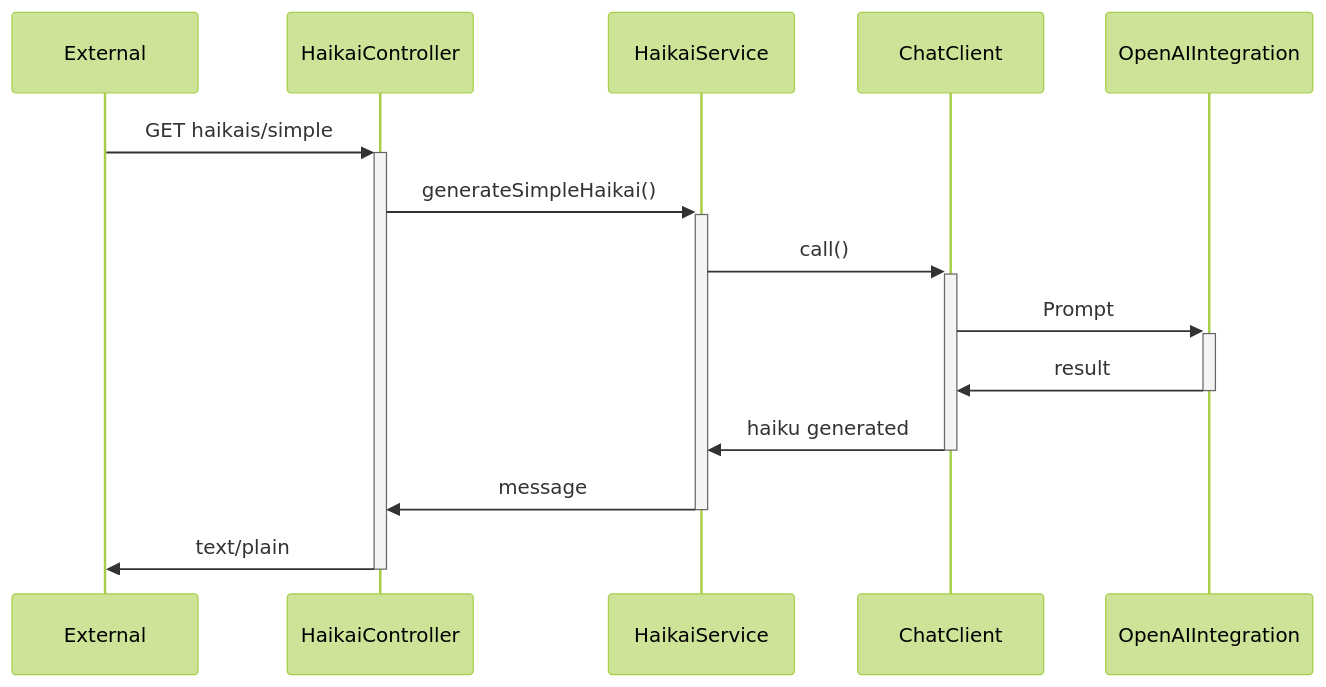
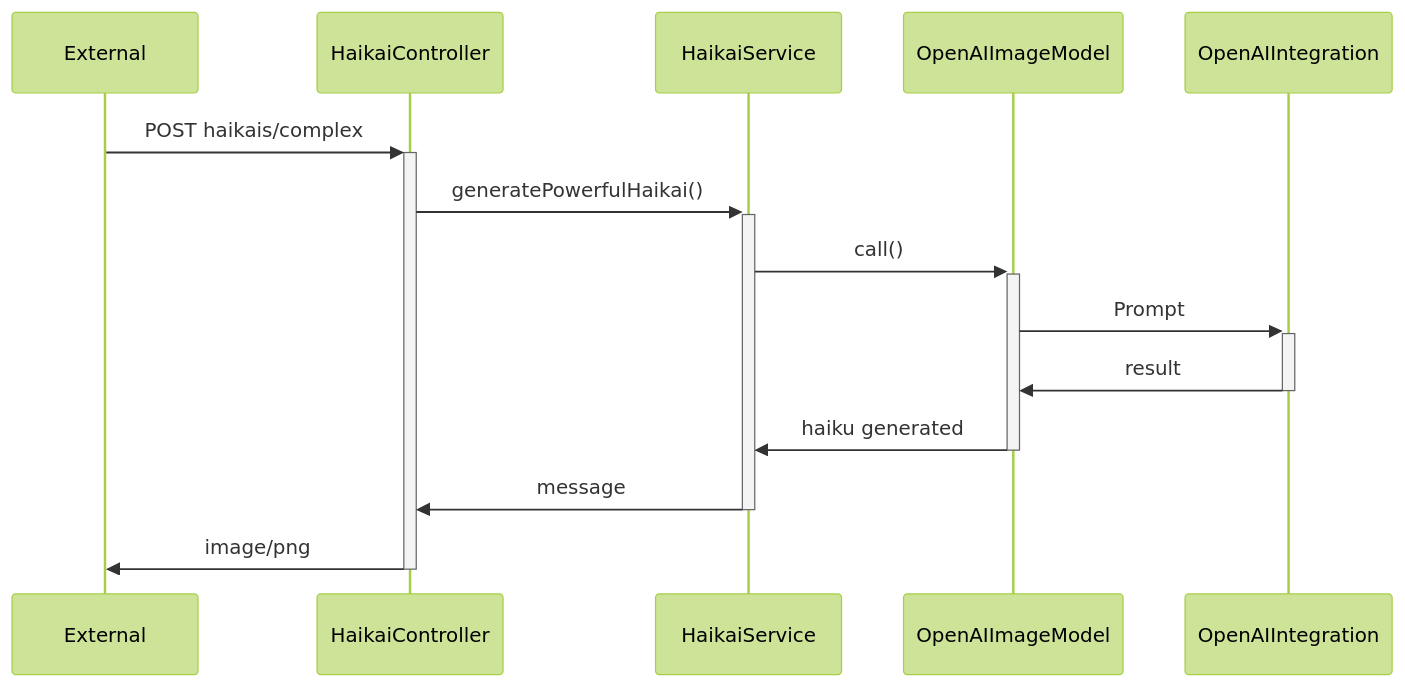
Before and after one commit to ortolanph/haikAI: the first of 3 diagrams in article/article.md, drawn with Mermaid (forest theme). The commit also changed other lines of this file and 1 other file, not shown here.

Commit message:
small refactor

````diff
--- a/article/article.md
+++ b/article/article.md
@@ -97,11 +97,11 @@
 ```mermaid
 sequenceDiagram
-    External ->>+ HaikaiController: GET haikais/simple
-    HaikaiController ->>+ HaikaiService: generateSimpleHaikai()
-    HaikaiService ->>+ ChatClient: call()
-    ChatClient ->>+ OpenAIIntegration: Prompt
-    OpenAIIntegration ->>- ChatClient: result
-    ChatClient ->>- HaikaiService: haiku generated
+    External ->>+ HaikaiController: POST haikais/complex
+    HaikaiController ->>+ HaikaiService: generatePowerfulHaikai()
+    HaikaiService ->>+ OpenAIImageModel: call()
+    OpenAIImageModel ->>+ OpenAIIntegration: Prompt
+    OpenAIIntegration ->>- OpenAIImageModel: result
+    OpenAIImageModel ->>- HaikaiService: haiku generated
     HaikaiService ->>- HaikaiController: message
-    HaikaiController ->>- External: text/plain
+    HaikaiController ->>- External: image/png
 ```
````
